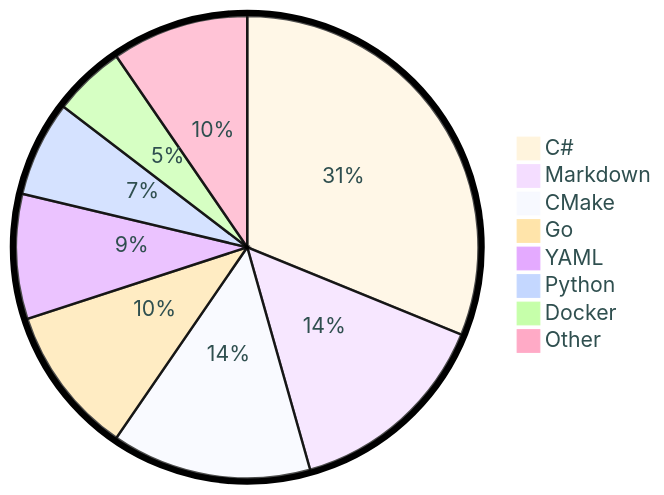
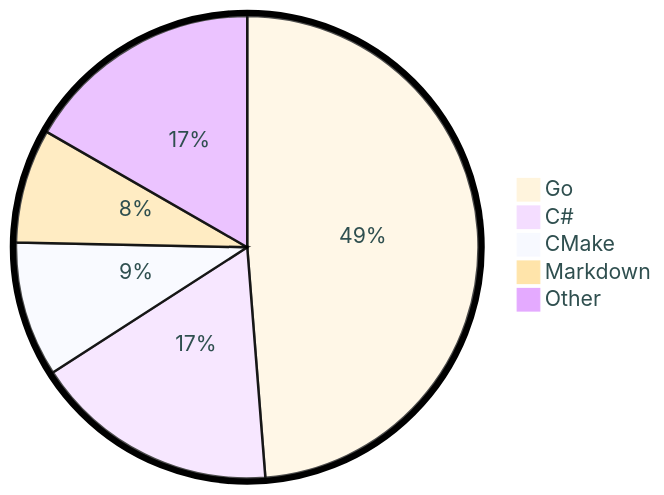
Before and after one commit to tot0p/tot0p: the diagram in README.md, drawn with Mermaid. The commit also changed other lines of this file, not shown here.

````diff
--- a/README.md
+++ b/README.md
@@ -82,12 +83,9 @@
 ```mermaid
 %%{init: {"pie": {"textPosition": 0.5}, "themeVariables": {"pieOuterStrokeWidth": "5px","primaryTextColor" : "#2F4F4F"},"theme":"base"} }%%
 pie
-	"C#": 31.16
-	"Markdown": 14.45
-	"CMake": 13.96
-	"Go": 10.41
-	"YAML": 8.73
-	"Python": 6.67
-	"Docker": 5.05
-	"Other": 9.559999999999999
+	"Go": 48.75
+	"C#": 17.14
+	"CMake": 9.44
+	"Markdown": 7.98
+	"Other": 16.689999999999998
 ```
````
